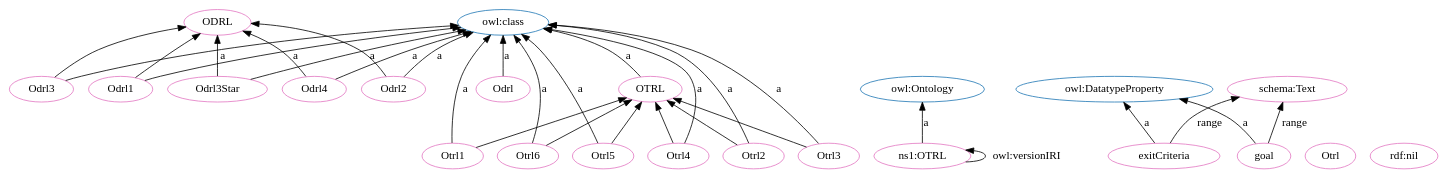
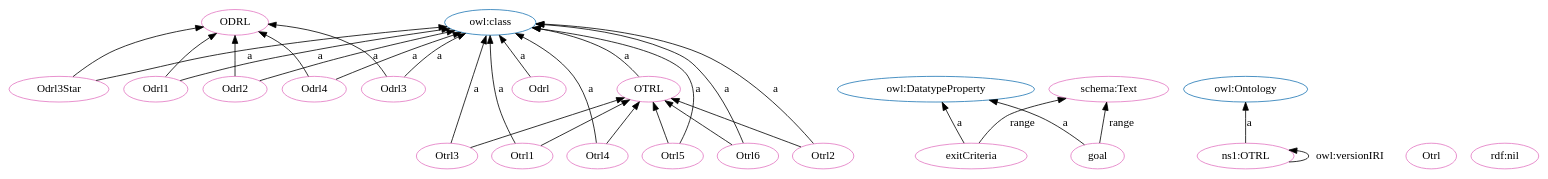
One commit to OPEN-NEXT/OKH-LOSH changed the diagram in OTRL.dot. Above: the diagram before and after it, drawn with Graphviz. The commit also changed other lines of this file and 16 other files, not shown here.

```diff
--- a/OTRL.dot
+++ b/OTRL.dot
@@ -1,59 +1,59 @@
 digraph G {
   rankdir=BT
   node[height=.3]
+"http://purl.org/oseg/ontologies/OTRL#OTRL" [fillcolor="#1f77b4" color="#1f77b4" label="OTRL"]
 "http://purl.org/oseg/ontologies/OTRL#ODRL" [fillcolor="#1f77b4" color="#1f77b4" label="ODRL"]
+"http://www.w3.org/2002/07/owl#DatatypeProperty" [fillcolor="#1f77b4" color="#1f77b4" label="owl:DatatypeProperty"]
 "http://www.w3.org/2002/07/owl#class" [fillcolor="#1f77b4" color="#1f77b4" label="owl:class"]
 "http://www.w3.org/2002/07/owl#Ontology" [fillcolor="#1f77b4" color="#1f77b4" label="owl:Ontology"]
-"http://www.w3.org/2002/07/owl#DatatypeProperty" [fillcolor="#1f77b4" color="#1f77b4" label="owl:DatatypeProperty"]
-"http://purl.org/oseg/ontologies/OTRL#OTRL" [fillcolor="#1f77b4" color="#1f77b4" label="OTRL"]
+"http://purl.org/oseg/ontologies/OTRL#ODRL" [fillcolor="#e377c2" color="#e377c2" label="ODRL"]
 "http://purl.org/oseg/ontologies/OTRL#Odrl" [fillcolor="#e377c2" color="#e377c2" label="Odrl"]
-"http://purl.org/oseg/ontologies/OTRL#ODRL" [fillcolor="#e377c2" color="#e377c2" label="ODRL"]
-"http://purl.org/oseg/ontologies/OTRL#Odrl3" [fillcolor="#e377c2" color="#e377c2" label="Odrl3"]
+"http://purl.org/oseg/ontologies/OTRL#OTRL" [fillcolor="#e377c2" color="#e377c2" label="OTRL"]
+"http://purl.org/oseg/ontologies/OTRL#Otrl3" [fillcolor="#e377c2" color="#e377c2" label="Otrl3"]
 "http://purl.org/oseg/ontologies/OTRL#exitCriteria" [fillcolor="#e377c2" color="#e377c2" label="exitCriteria"]
+"http://purl.org/oseg/ontologies/OTRL#Otrl" [fillcolor="#e377c2" color="#e377c2" label="Otrl"]
+"http://purl.org/oseg/ontologies/OTRL" [fillcolor="#e377c2" color="#e377c2" label="ns1:OTRL"]
+"http://purl.org/oseg/ontologies/OTRL#Odrl1" [fillcolor="#e377c2" color="#e377c2" label="Odrl1"]
 "http://schema.org/Text" [fillcolor="#e377c2" color="#e377c2" label="schema:Text"]
-"http://purl.org/oseg/ontologies/OTRL#Odrl1" [fillcolor="#e377c2" color="#e377c2" label="Odrl1"]
-"http://purl.org/oseg/ontologies/OTRL#OTRL" [fillcolor="#e377c2" color="#e377c2" label="OTRL"]
+"http://purl.org/oseg/ontologies/OTRL#Odrl2" [fillcolor="#e377c2" color="#e377c2" label="Odrl2"]
 "http://purl.org/oseg/ontologies/OTRL#Otrl1" [fillcolor="#e377c2" color="#e377c2" label="Otrl1"]
-"http://purl.org/oseg/ontologies/OTRL#Otrl" [fillcolor="#e377c2" color="#e377c2" label="Otrl"]
 "http://purl.org/oseg/ontologies/OTRL#Otrl6" [fillcolor="#e377c2" color="#e377c2" label="Otrl6"]
-"http://purl.org/oseg/ontologies/OTRL" [fillcolor="#e377c2" color="#e377c2" label="ns1:OTRL"]
 "http://purl.org/oseg/ontologies/OTRL#Otrl5" [fillcolor="#e377c2" color="#e377c2" label="Otrl5"]
-"http://purl.org/oseg/ontologies/OTRL#Otrl4" [fillcolor="#e377c2" color="#e377c2" label="Otrl4"]
 "http://purl.org/oseg/ontologies/OTRL#Otrl2" [fillcolor="#e377c2" color="#e377c2" label="Otrl2"]
-"http://purl.org/oseg/ontologies/OTRL#Otrl3" [fillcolor="#e377c2" color="#e377c2" label="Otrl3"]
-"http://purl.org/oseg/ontologies/OTRL#Odrl3Star" [fillcolor="#e377c2" color="#e377c2" label="Odrl3Star"]
-"http://purl.org/oseg/ontologies/OTRL#Odrl4" [fillcolor="#e377c2" color="#e377c2" label="Odrl4"]
 "http://purl.org/oseg/ontologies/OTRL#goal" [fillcolor="#e377c2" color="#e377c2" label="goal"]
 "http://www.w3.org/1999/02/22-rdf-syntax-ns#nil" [fillcolor="#e377c2" color="#e377c2" label="rdf:nil"]
-"http://purl.org/oseg/ontologies/OTRL#Odrl2" [fillcolor="#e377c2" color="#e377c2" label="Odrl2"]
+"http://purl.org/oseg/ontologies/OTRL#Odrl4" [fillcolor="#e377c2" color="#e377c2" label="Odrl4"]
+"http://purl.org/oseg/ontologies/OTRL#Otrl4" [fillcolor="#e377c2" color="#e377c2" label="Otrl4"]
+"http://purl.org/oseg/ontologies/OTRL#Odrl3Star" [fillcolor="#e377c2" color="#e377c2" label="Odrl3Star"]
+"http://purl.org/oseg/ontologies/OTRL#Odrl3" [fillcolor="#e377c2" color="#e377c2" label="Odrl3"]
+  "http://purl.org/oseg/ontologies/OTRL#Otrl3" -> "http://www.w3.org/2002/07/owl#class" [label="a"]
+  "http://purl.org/oseg/ontologies/OTRL#Otrl5" -> "http://purl.org/oseg/ontologies/OTRL#OTRL" [label=""]
+  "http://purl.org/oseg/ontologies/OTRL#goal" -> "http://schema.org/Text" [label="range"]
+  "http://purl.org/oseg/ontologies/OTRL#Odrl2" -> "http://www.w3.org/2002/07/owl#class" [label="a"]
+  "http://purl.org/oseg/ontologies/OTRL#Otrl1" -> "http://www.w3.org/2002/07/owl#class" [label="a"]
+  "http://purl.org/oseg/ontologies/OTRL#Odrl" -> "http://www.w3.org/2002/07/owl#class" [label="a"]
+  "http://purl.org/oseg/ontologies/OTRL#Otrl4" -> "http://purl.org/oseg/ontologies/OTRL#OTRL" [label=""]
+  "http://purl.org/oseg/ontologies/OTRL#Otrl6" -> "http://purl.org/oseg/ontologies/OTRL#OTRL" [label=""]
+  "http://purl.org/oseg/ontologies/OTRL#Otrl2" -> "http://purl.org/oseg/ontologies/OTRL#OTRL" [label=""]
+  "http://purl.org/oseg/ontologies/OTRL#Odrl3" -> "http://www.w3.org/2002/07/owl#class" [label="a"]
+  "http://purl.org/oseg/ontologies/OTRL#Odrl4" -> "http://purl.org/oseg/ontologies/OTRL#ODRL" [label=""]
+  "http://purl.org/oseg/ontologies/OTRL#OTRL" -> "http://www.w3.org/2002/07/owl#class" [label="a"]
   "http://purl.org/oseg/ontologies/OTRL#Odrl3" -> "http://purl.org/oseg/ontologies/OTRL#ODRL" [label=""]
-  "http://purl.org/oseg/ontologies/OTRL#Odrl3" -> "http://www.w3.org/2002/07/owl#class" [label="a"]
   "http://purl.org/oseg/ontologies/OTRL#exitCriteria" -> "http://www.w3.org/2002/07/owl#DatatypeProperty" [label="a"]
+  "http://purl.org/oseg/ontologies/OTRL" -> "http://www.w3.org/2002/07/owl#Ontology" [label="a"]
   "http://purl.org/oseg/ontologies/OTRL#Odrl1" -> "http://www.w3.org/2002/07/owl#class" [label="a"]
-  "http://purl.org/oseg/ontologies/OTRL#Otrl1" -> "http://www.w3.org/2002/07/owl#class" [label="a"]
-  "http://purl.org/oseg/ontologies/OTRL#Odrl1" -> "http://purl.org/oseg/ontologies/OTRL#ODRL" [label=""]
-  "http://purl.org/oseg/ontologies/OTRL#Otrl2" -> "http://purl.org/oseg/ontologies/OTRL#OTRL" [label=""]
+  "http://purl.org/oseg/ontologies/OTRL#Otrl6" -> "http://www.w3.org/2002/07/owl#class" [label="a"]
   "http://purl.org/oseg/ontologies/OTRL#Otrl5" -> "http://www.w3.org/2002/07/owl#class" [label="a"]
   "http://purl.org/oseg/ontologies/OTRL#Otrl2" -> "http://www.w3.org/2002/07/owl#class" [label="a"]
-  "http://purl.org/oseg/ontologies/OTRL#exitCriteria" -> "http://schema.org/Text" [label="range"]
-  "http://purl.org/oseg/ontologies/OTRL#Odrl4" -> "http://purl.org/oseg/ontologies/OTRL#ODRL" [label=""]
-  "http://purl.org/oseg/ontologies/OTRL#Odrl3Star" -> "http://www.w3.org/2002/07/owl#class" [label="a"]
-  "http://purl.org/oseg/ontologies/OTRL#Odrl4" -> "http://www.w3.org/2002/07/owl#class" [label="a"]
-  "http://purl.org/oseg/ontologies/OTRL#Otrl5" -> "http://purl.org/oseg/ontologies/OTRL#OTRL" [label=""]
-  "http://purl.org/oseg/ontologies/OTRL#Odrl" -> "http://www.w3.org/2002/07/owl#class" [label="a"]
-  "http://purl.org/oseg/ontologies/OTRL" -> "http://purl.org/oseg/ontologies/OTRL" [label="owl:versionIRI"]
-  "http://purl.org/oseg/ontologies/OTRL#Odrl3Star" -> "http://purl.org/oseg/ontologies/OTRL#ODRL" [label=""]
-  "http://purl.org/oseg/ontologies/OTRL#goal" -> "http://schema.org/Text" [label="range"]
-  "http://purl.org/oseg/ontologies/OTRL#Otrl1" -> "http://purl.org/oseg/ontologies/OTRL#OTRL" [label=""]
-  "http://purl.org/oseg/ontologies/OTRL#Otrl6" -> "http://purl.org/oseg/ontologies/OTRL#OTRL" [label=""]
-  "http://purl.org/oseg/ontologies/OTRL#OTRL" -> "http://www.w3.org/2002/07/owl#class" [label="a"]
-  "http://purl.org/oseg/ontologies/OTRL#Otrl6" -> "http://www.w3.org/2002/07/owl#class" [label="a"]
-  "http://purl.org/oseg/ontologies/OTRL" -> "http://www.w3.org/2002/07/owl#Ontology" [label="a"]
-  "http://purl.org/oseg/ontologies/OTRL#Otrl4" -> "http://www.w3.org/2002/07/owl#class" [label="a"]
-  "http://purl.org/oseg/ontologies/OTRL#Otrl3" -> "http://www.w3.org/2002/07/owl#class" [label="a"]
-  "http://purl.org/oseg/ontologies/OTRL#Otrl4" -> "http://purl.org/oseg/ontologies/OTRL#OTRL" [label=""]
   "http://purl.org/oseg/ontologies/OTRL#goal" -> "http://www.w3.org/2002/07/owl#DatatypeProperty" [label="a"]
   "http://purl.org/oseg/ontologies/OTRL#Otrl3" -> "http://purl.org/oseg/ontologies/OTRL#OTRL" [label=""]
+  "http://purl.org/oseg/ontologies/OTRL" -> "http://purl.org/oseg/ontologies/OTRL" [label="owl:versionIRI"]
+  "http://purl.org/oseg/ontologies/OTRL#Odrl4" -> "http://www.w3.org/2002/07/owl#class" [label="a"]
+  "http://purl.org/oseg/ontologies/OTRL#Otrl1" -> "http://purl.org/oseg/ontologies/OTRL#OTRL" [label=""]
+  "http://purl.org/oseg/ontologies/OTRL#Odrl1" -> "http://purl.org/oseg/ontologies/OTRL#ODRL" [label=""]
   "http://purl.org/oseg/ontologies/OTRL#Odrl2" -> "http://purl.org/oseg/ontologies/OTRL#ODRL" [label=""]
-  "http://purl.org/oseg/ontologies/OTRL#Odrl2" -> "http://www.w3.org/2002/07/owl#class" [label="a"]
+  "http://purl.org/oseg/ontologies/OTRL#Odrl3Star" -> "http://purl.org/oseg/ontologies/OTRL#ODRL" [label=""]
+  "http://purl.org/oseg/ontologies/OTRL#Otrl4" -> "http://www.w3.org/2002/07/owl#class" [label="a"]
+  "http://purl.org/oseg/ontologies/OTRL#Odrl3Star" -> "http://www.w3.org/2002/07/owl#class" [label="a"]
+  "http://purl.org/oseg/ontologies/OTRL#exitCriteria" -> "http://schema.org/Text" [label="range"]
 }
```
